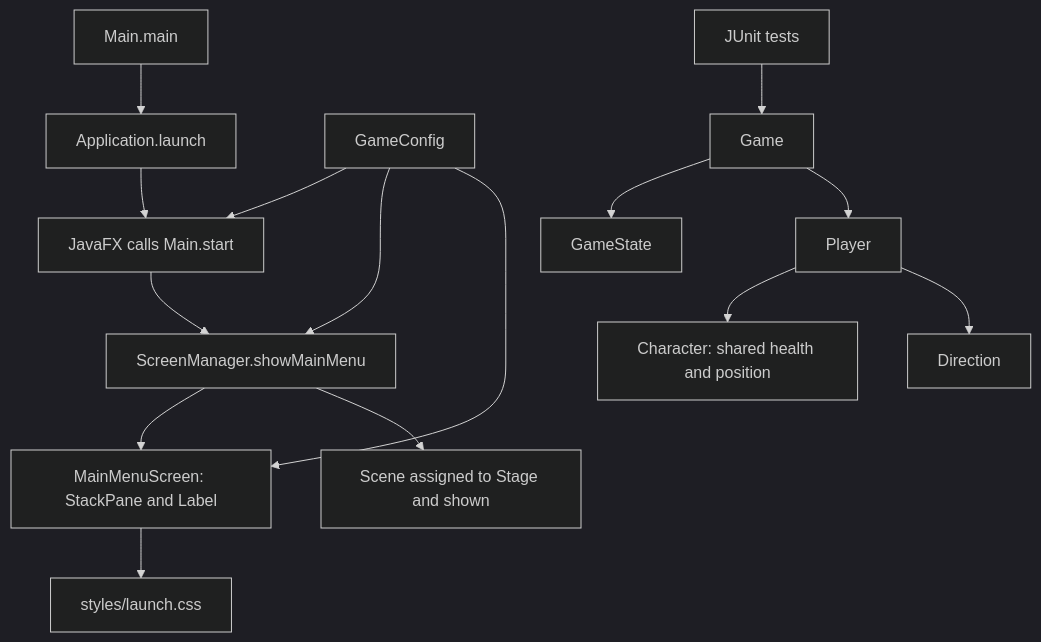
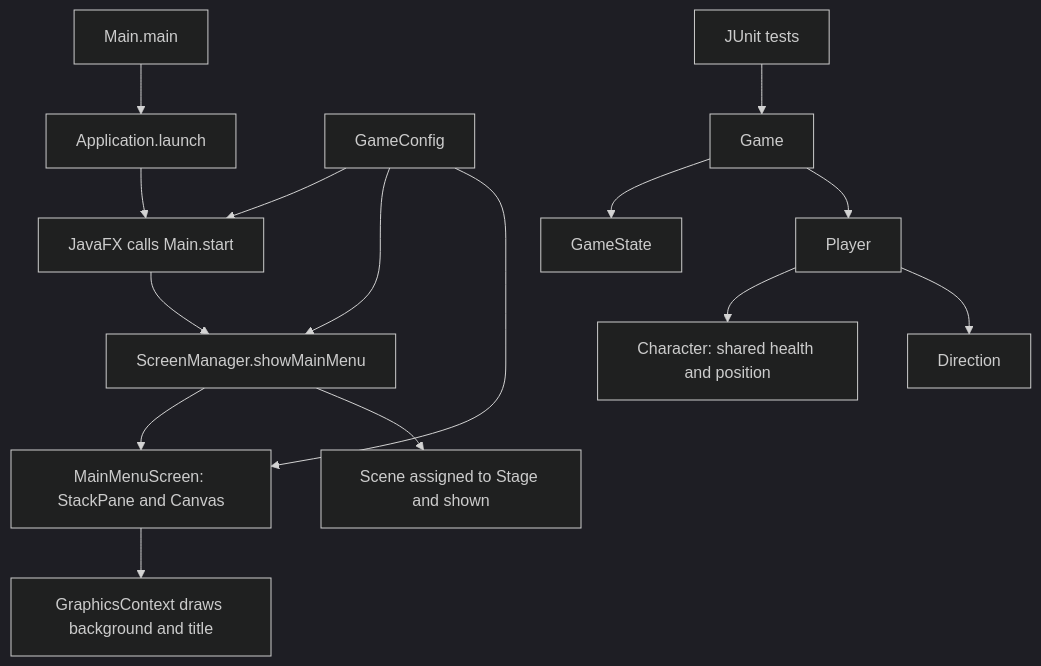
Before and after one commit to prabhakarshukla/shawdowquest: the first of 2 diagrams in docs/PROJECT_DEVELOPMENT_REPORT.md, drawn with Mermaid (dark theme). The commit also changed other lines of this file and 16 other files, not shown here.

````diff
--- a/docs/PROJECT_DEVELOPMENT_REPORT.md
+++ b/docs/PROJECT_DEVELOPMENT_REPORT.md
@@ -556,17 +615,17 @@
 ```mermaid
 flowchart TD
     A[Main.main] --> B[Application.launch]
     B --> C[JavaFX calls Main.start]
     C --> D[ScreenManager.showMainMenu]
-    D --> E[MainMenuScreen: StackPane and Label]
-    E --> F[styles/launch.css]
+    D --> E[MainMenuScreen: StackPane and Canvas]
+    E --> F[GraphicsContext draws background and title]
     D --> G[Scene assigned to Stage and shown]
     H[GameConfig] --> C
     H --> D
     H --> E
     T[JUnit tests] --> I[Game]
     I --> J[GameState]
     I --> K[Player]
     K --> L[Character: shared health and position]
     K --> M[Direction]
 ```
````
